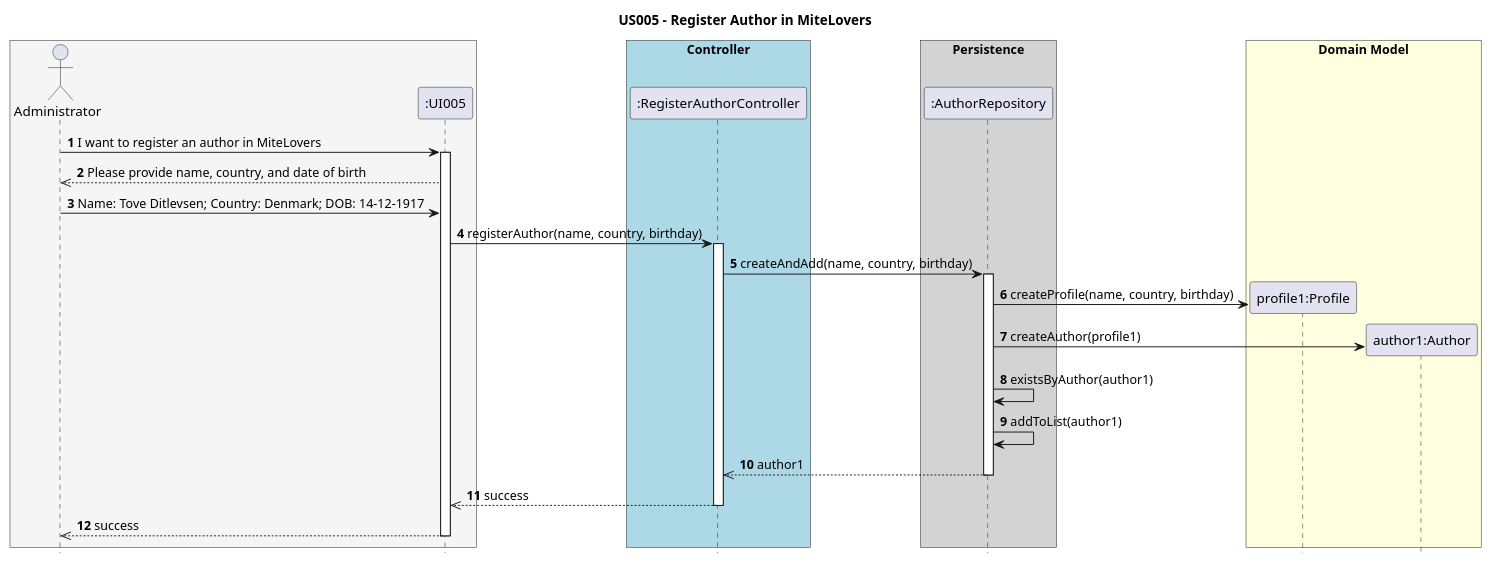
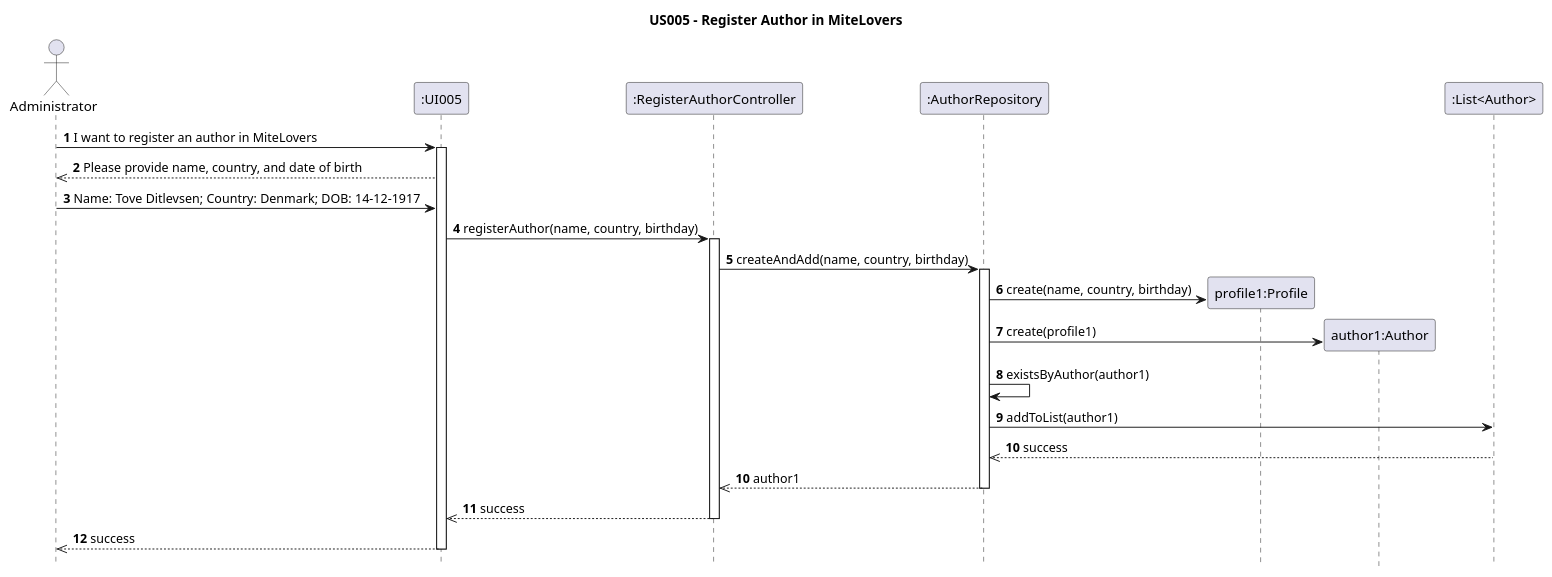
One commit to AndrePereiraGitH/SWitCH-Project-Team_A changed the diagram in Diagrams/SequenceDiagrams/N2/US005 -To-register-an-Author-in-MIteLovers.puml. Above: the diagram before and after it, drawn with PlantUML. The commit also changed 14 other files, not shown here.

Commit message:
Working on #78 #79 #80 #81 #101 #102 #103: add AuthorRepository and AuthorController; update SSD and CD for US003 and US005

```diff
--- a/Diagrams/SequenceDiagrams/N2/US005 -To-register-an-Author-in-MIteLovers.puml
+++ b/Diagrams/SequenceDiagrams/N2/US005 -To-register-an-Author-in-MIteLovers.puml
@@ -1,48 +1,49 @@
 @startuml
 hide footbox
 title US005 - Register Author in MiteLovers
 
-box #WhiteSmoke
 actor Administrator
 participant ":UI005" as UI
-end box
 
-box "Controller" #LightBlue
+
+
 participant ":RegisterAuthorController" as C
-end box
 
-box "Persistence" #LightGrey
+
+
 participant ":AuthorRepository" as R
-end box
 
 Administrator -> UI : **1** I want to register an author in MiteLovers
 activate UI
 UI -->> Administrator : **2** Please provide name, country, and date of birth
 Administrator -> UI : **3** Name: Tove Ditlevsen; Country: Denmark; DOB: 14-12-1917
 
 UI -> C : **4** registerAuthor(name, country, birthday)
 activate C
 
 C -> R : **5** createAndAdd(name, country, birthday)
 activate R
 
 
-box "Domain Model" #LightYellow
+
   create "profile1:Profile" as P
-  R -> P : **6** createProfile(name, country, birthday)
+  R -> P : **6** create(name, country, birthday)
 
   create "author1:Author" as A
-  R -> A : **7** createAuthor(profile1)
+  R -> A : **7** create(profile1)
   R -> R : **8** existsByAuthor(author1)
 
-  R -> R : **9** addToList(author1)
+participant ":List<Author>" as LA
+
+  R -> LA : **9** addToList(author1)
+  LA -->> R : **10** success
 
   R -->> C : **10** author1
-end box
+
 deactivate R
 C -->> UI : **11** success
 deactivate C
 
 UI -->> Administrator : **12** success
 deactivate UI
 @enduml
```
